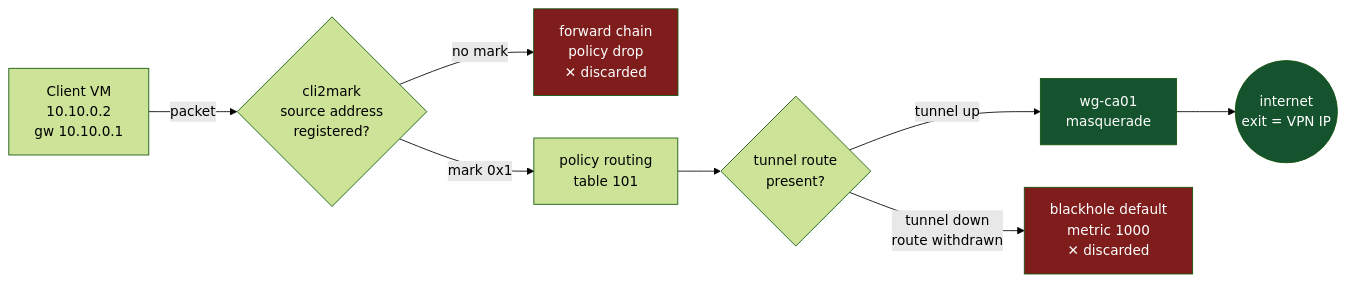
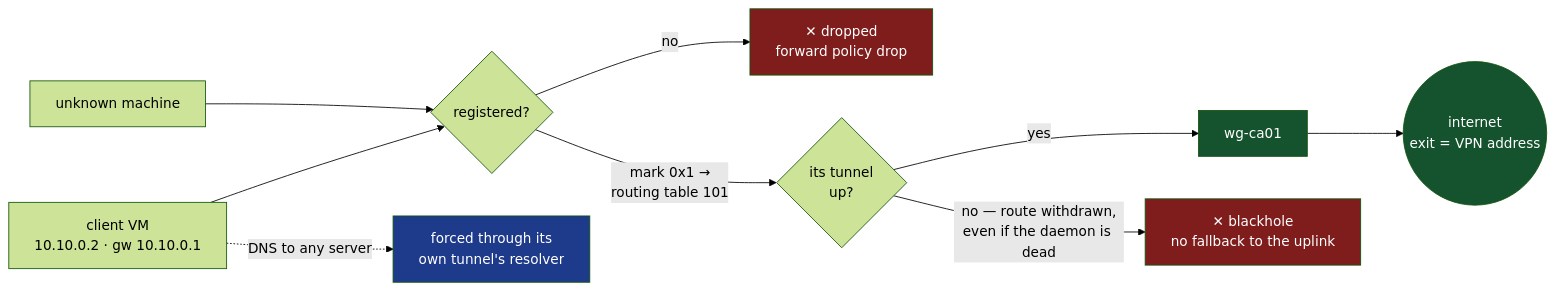
Before and after one commit to vovanero/VPN-Gateway: the diagram in README.md, drawn with Mermaid (forest theme). The commit also changed other lines of this file, not shown here.

First line of the commit message:
README: one diagram, and an installation walkthrough

````diff
--- a/README.md
+++ b/README.md
@@ -40,27 +36,24 @@
 ```mermaid
 flowchart LR
-    C["Client VM
-10.10.0.2
-gw 10.10.0.1"] -->|packet| M{"cli2mark
-source address
-registered?"}
-    M -->|"no mark"| DROP1["forward chain
-policy drop
-✕ discarded"]
-    M -->|"mark 0x1"| T["policy routing
-table 101"]
-    T --> R{"tunnel route
-present?"}
-    R -->|"tunnel up"| WG["wg-ca01
-masquerade"] --> NET(("internet
-exit = VPN IP"))
-    R -->|"tunnel down
-route withdrawn"| BH["blackhole default
-metric 1000
-✕ discarded"]
+    C["client VM
+10.10.0.2 · gw 10.10.0.1"] --> GW{"registered?"}
+    U["unknown machine"] --> GW
+    GW -->|"no"| D1["✕ dropped
+forward policy drop"]
+    GW -->|"mark 0x1 →
+routing table 101"| T{"its tunnel
+up?"}
+    T -->|"yes"| V["wg-ca01"] --> I(("internet
+exit = VPN address"))
+    T -->|"no — route withdrawn,
+even if the daemon is dead"| D2["✕ blackhole
+no fallback to the uplink"]
+    C -.->|"DNS to any server"| R["forced through its
+own tunnel's resolver"]
 
-    style DROP1 fill:#7f1d1d,color:#fff
-    style BH fill:#7f1d1d,color:#fff
-    style WG fill:#14532d,color:#fff
-    style NET fill:#14532d,color:#fff
+    style D1 fill:#7f1d1d,color:#fff
+    style D2 fill:#7f1d1d,color:#fff
+    style V fill:#14532d,color:#fff
+    style I fill:#14532d,color:#fff
+    style R fill:#1e3a8a,color:#fff
 ```
````
